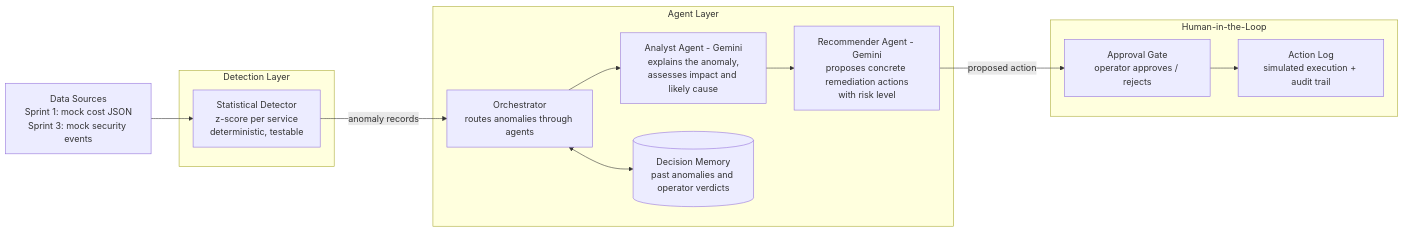
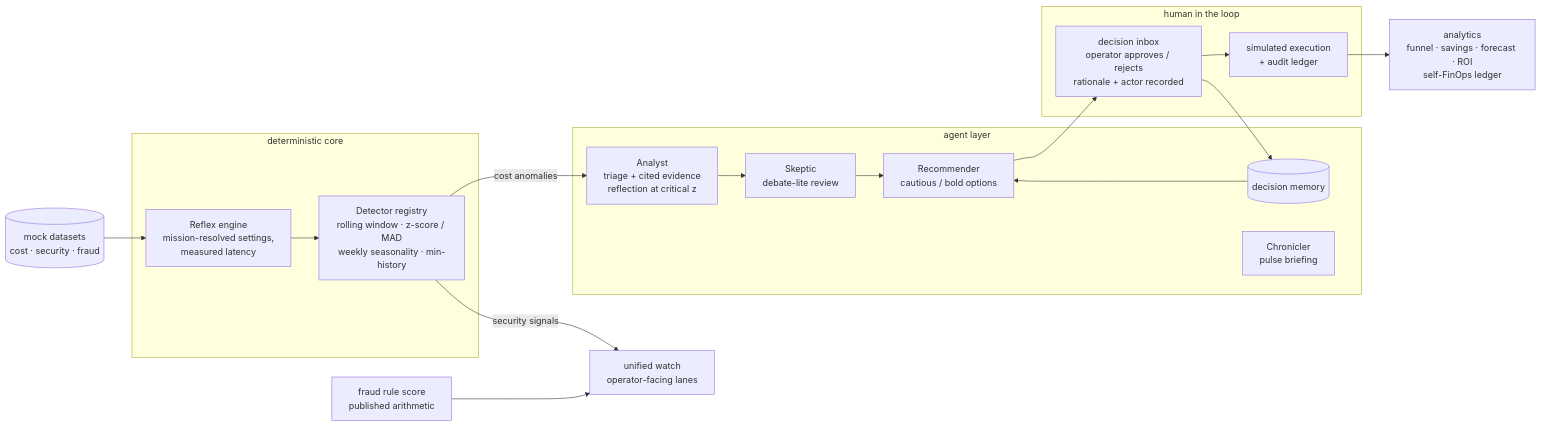
Before and after one commit to muratcan-ates/cloudsentinel: the diagram in docs/architecture.md, drawn with Mermaid. The commit also changed other lines of this file and 2 other files, not shown here.

First line of the commit message:
docs: consolidated does/does-not table, PROJECT_CONTEXT, architecture rewrite to the implemented system

````diff
--- a/docs/architecture.md
+++ b/docs/architecture.md
@@ -9,24 +12,28 @@
 ```mermaid
 flowchart LR
-    DS[Data Sources<br/>Sprint 1: mock cost JSON<br/>Sprint 3: mock security events] --> DET
+    DS[("mock datasets<br/>cost · security · fraud")] --> REFLEX
 
-    subgraph Detection Layer
-        DET[Statistical Detector<br/>z-score per service<br/>deterministic, testable]
+    subgraph deterministic core
+        REFLEX["Reflex engine<br/>mission-resolved settings,<br/>measured latency"] --> DET["Detector registry<br/>rolling window · z-score / MAD<br/>weekly seasonality · min-history"]
     end
 
-    DET -->|anomaly records| ORCH
+    DET -->|cost anomalies| AN
 
-    subgraph Agent Layer
-        ORCH[Orchestrator<br/>routes anomalies through agents] --> AN
-        AN[Analyst Agent - Gemini<br/>explains the anomaly,<br/>assesses impact and likely cause] --> REC
-        REC[Recommender Agent - Gemini<br/>proposes concrete remediation actions<br/>with risk level]
-        MEM[(Decision Memory<br/>past anomalies and operator verdicts)]
-        ORCH <--> MEM
+    subgraph agent layer
+        AN["Analyst<br/>triage + cited evidence<br/>reflection at critical z"] --> SK["Skeptic<br/>debate-lite review"]
+        SK --> REC["Recommender<br/>cautious / bold options"]
+        MEM[("decision memory")] --> REC
+        CHR["Chronicler<br/>pulse briefing"]
     end
 
-    REC -->|proposed action| HITL
+    DET -->|security signals| WATCH["unified watch<br/>operator-facing lanes"]
+    RULES["fraud rule score<br/>published arithmetic"] --> WATCH
 
-    subgraph Human-in-the-Loop
-        HITL[Approval Gate<br/>operator approves / rejects] --> EXEC[Action Log<br/>simulated execution + audit trail]
+    subgraph human in the loop
+        REC --> INBOX["decision inbox<br/>operator approves / rejects<br/>rationale + actor recorded"]
+        INBOX --> EXEC["simulated execution<br/>+ audit ledger"]
     end
+
+    INBOX --> MEM
+    EXEC --> ANALYTICS["analytics<br/>funnel · savings · forecast · ROI<br/>self-FinOps ledger"]
 ```
````
